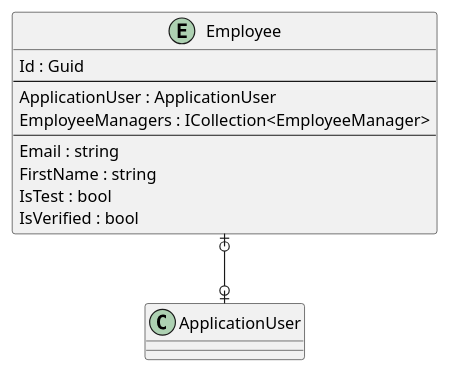
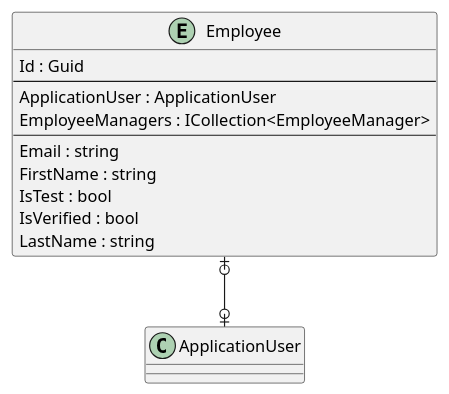
The diagram in .docs/Sco.SarTool.pu (intrepion/intrepion_employee-managers_csharp), drawn with PlantUML before and after one commit.

```diff
--- a/.docs/Sco.SarTool.pu
+++ b/.docs/Sco.SarTool.pu
@@ -1,22 +1,23 @@
 @startuml
 
 entity Employee {
     Id : Guid
     --
     ApplicationUser : ApplicationUser
     EmployeeManagers : ICollection<EmployeeManager>
     ' EmployeeKeyCodePlaceholder
     --
     Email : string
     FirstName : string
     IsTest : bool
     IsVerified : bool
+    LastName : string
     ' EmployeePropertyCodePlaceholder
 }
 
 ' EntityCodePlaceholder
 
 Employee |o--o| ApplicationUser
 ' RelationshipCodePlaceholder
 
 @enduml
```
